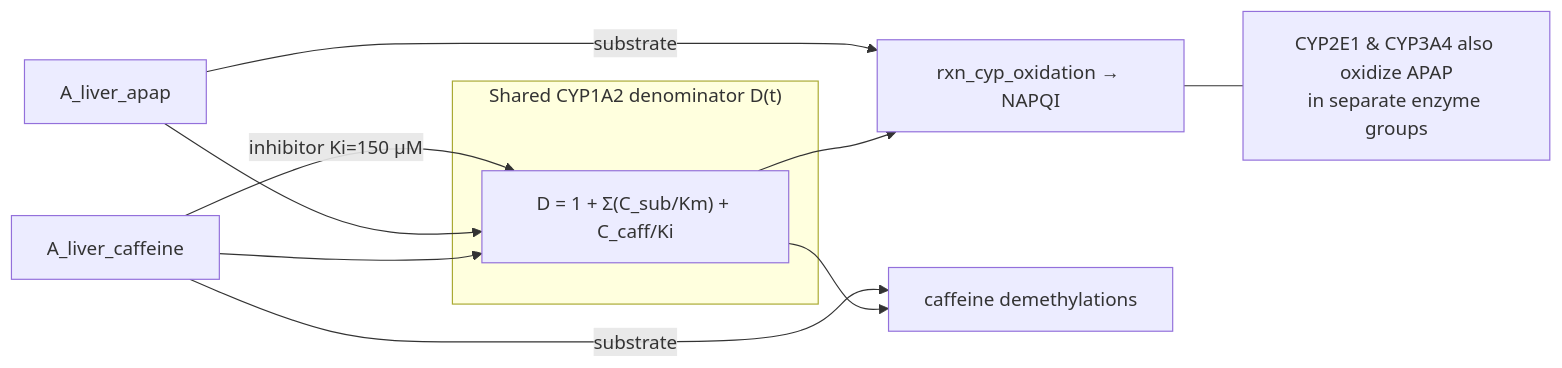
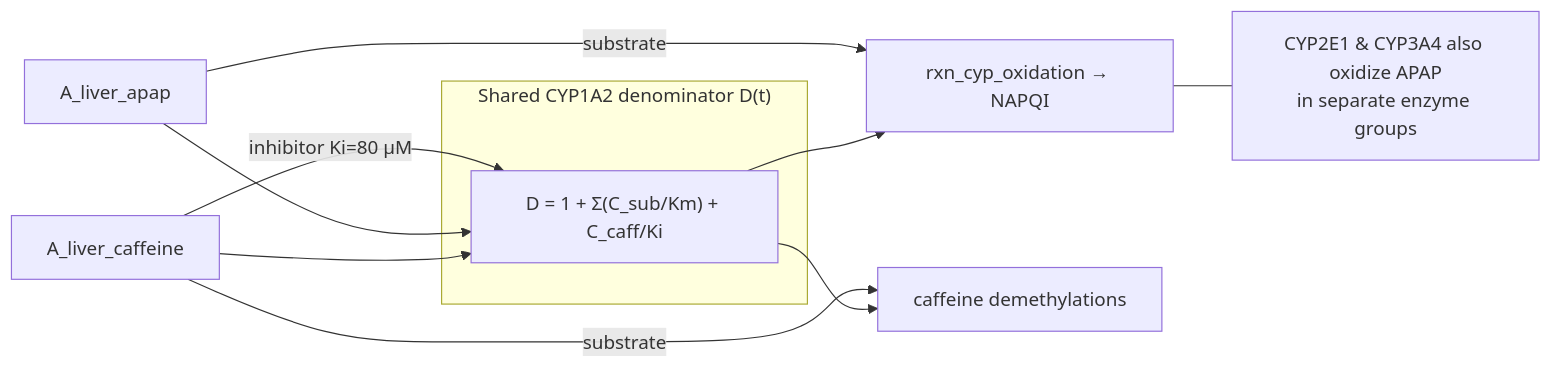
One commit to macleanl3vin/PharML_PK changed the second of 2 diagrams in README.md. Above: the diagram before and after it, drawn with Mermaid. The commit also changed other lines of this file, not shown here.

````diff
--- a/README.md
+++ b/README.md
@@ -96,17 +96,17 @@
 ```mermaid
 flowchart LR
     subgraph cyp1a2 ["Shared CYP1A2 denominator D(t)"]
         D["D = 1 + Σ(C_sub/Km) + C_caff/Ki"]
     end
 
     APAP_L["A_liver_apap"] -->|substrate| OX["rxn_cyp_oxidation → NAPQI"]
     CAFF_L["A_liver_caffeine"] -->|substrate| DM["caffeine demethylations"]
-    CAFF_L -->|inhibitor Ki=150 μM| D
+    CAFF_L -->|inhibitor Ki=80 μM| D
     APAP_L --> D
     CAFF_L --> D
     D --> OX
     D --> DM
 
     note1["CYP2E1 & CYP3A4 also oxidize APAP<br/>in separate enzyme groups"]
     OX --- note1
 ```
````
